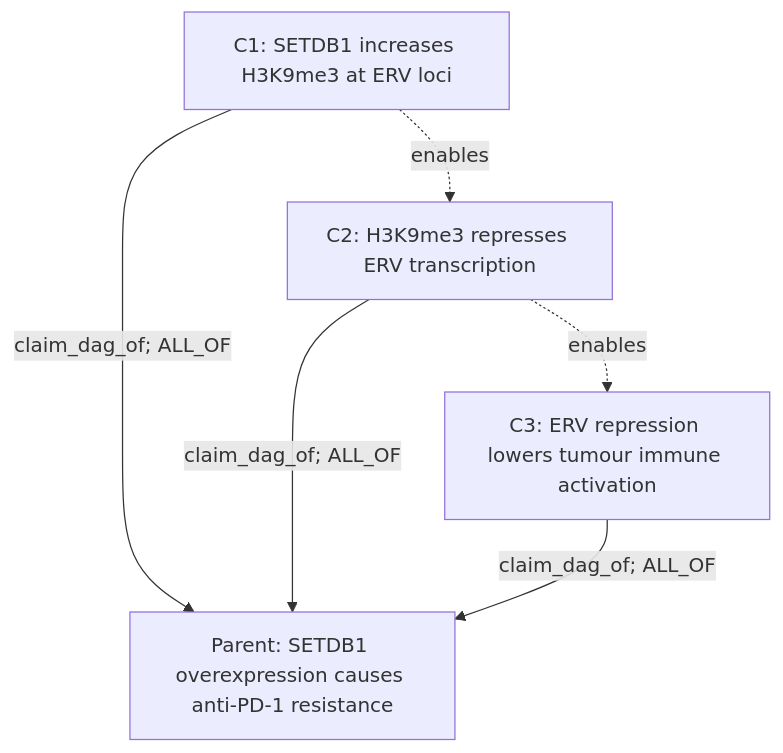
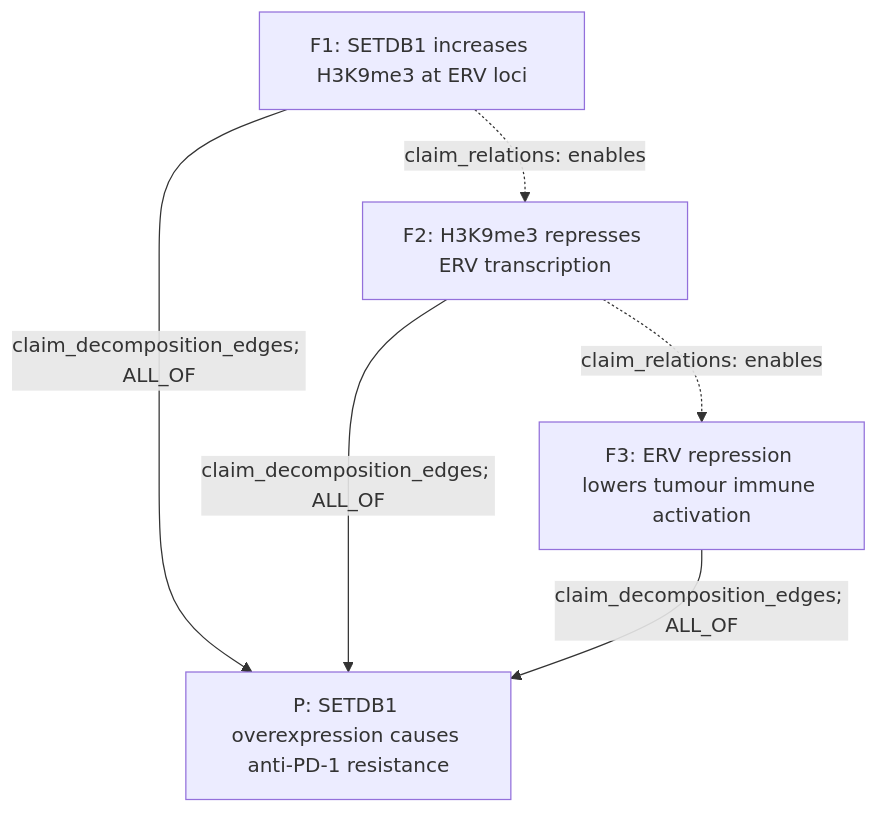
One commit to eliannaqk/bioKG changed the diagram in CLAIM_OBJECT_SIMPLE.md. Above: the diagram before and after it, drawn with Mermaid. The commit also changed other lines of this file and 9 other files, not shown here.

Commit message:
Define claim decomposition DAG architecture

````diff
--- a/CLAIM_OBJECT_SIMPLE.md
+++ b/CLAIM_OBJECT_SIMPLE.md
@@ -41,14 +50,14 @@
 ```mermaid
 flowchart TD
-  C1["C1: SETDB1 increases H3K9me3 at ERV loci"]
-  C2["C2: H3K9me3 represses ERV transcription"]
-  C3["C3: ERV repression lowers tumour immune activation"]
-  P["Parent: SETDB1 overexpression causes anti-PD-1 resistance"]
+  F1["F1: SETDB1 increases H3K9me3 at ERV loci"]
+  F2["F2: H3K9me3 represses ERV transcription"]
+  F3["F3: ERV repression lowers tumour immune activation"]
+  P["P: SETDB1 overexpression causes anti-PD-1 resistance"]
 
-  C1 -- "claim_dag_of; ALL_OF" --> P
-  C2 -- "claim_dag_of; ALL_OF" --> P
-  C3 -- "claim_dag_of; ALL_OF" --> P
+  F1 -- "claim_decomposition_edges; ALL_OF" --> P
+  F2 -- "claim_decomposition_edges; ALL_OF" --> P
+  F3 -- "claim_decomposition_edges; ALL_OF" --> P
 
-  C1 -. "enables" .-> C2
-  C2 -. "enables" .-> C3
+  F1 -. "claim_relations: enables" .-> F2
+  F2 -. "claim_relations: enables" .-> F3
 ```
````
